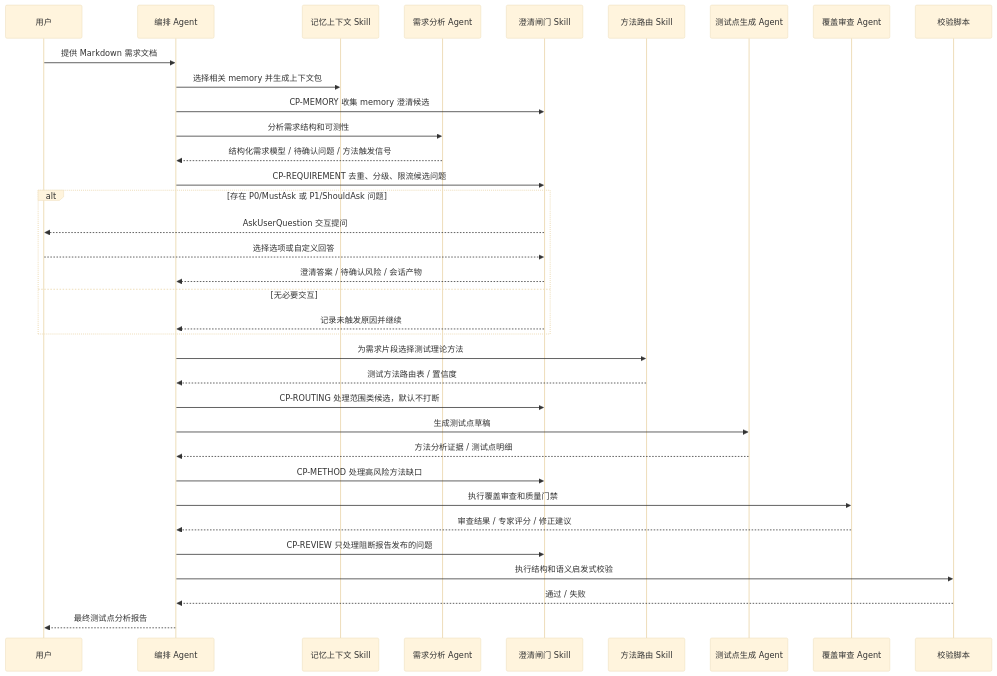
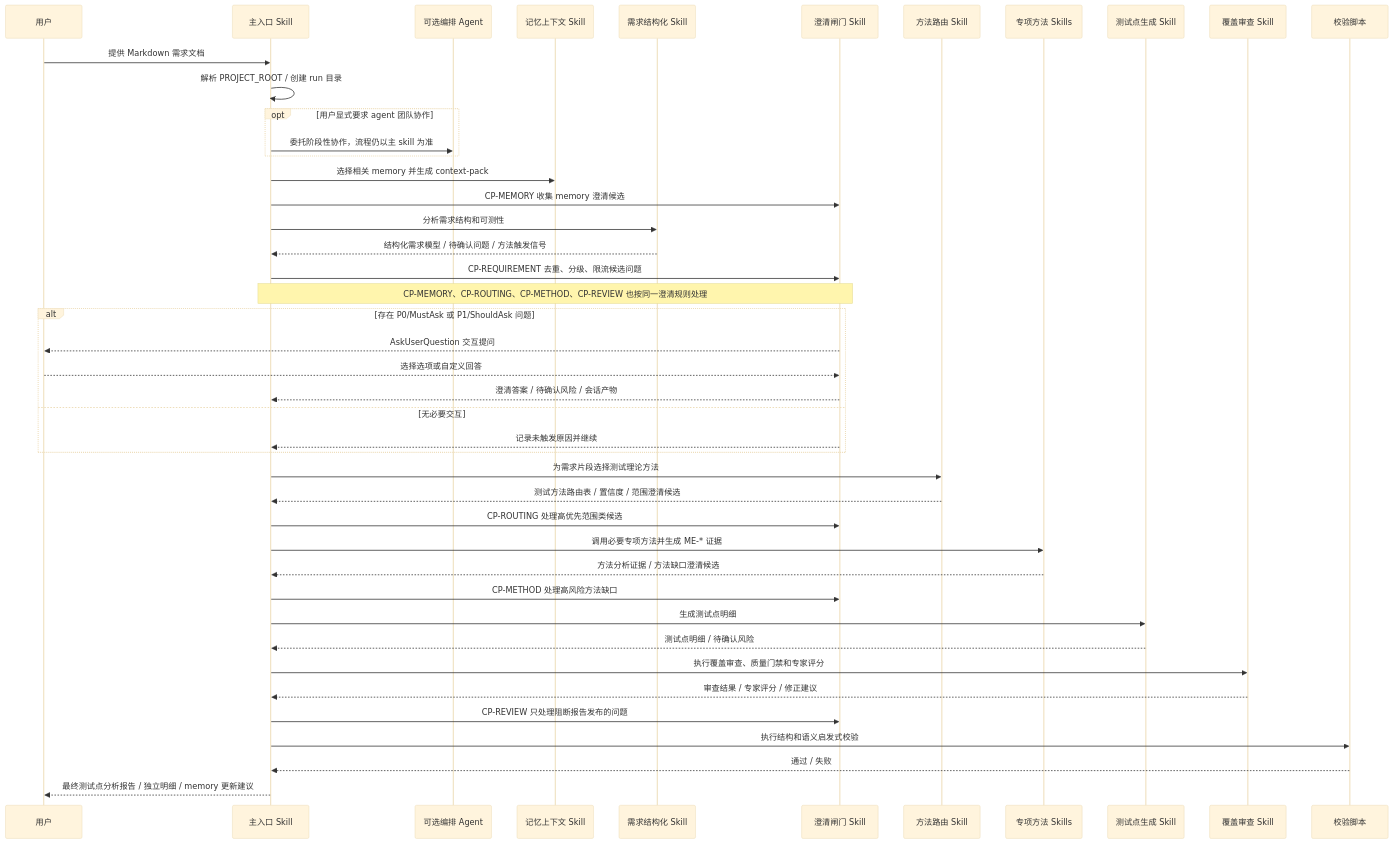
One commit to szluoqy-byte/Test-Analysis-Agent changed the fourth of 8 diagrams in docs/test-analysis-agent-design.md. Above: the diagram before and after it, drawn with Mermaid (base theme). The commit also changed other lines of this file and 37 other files, not shown here.

````diff
--- a/docs/test-analysis-agent-design.md
+++ b/docs/test-analysis-agent-design.md
@@ -211,38 +216,47 @@
 ```mermaid
 sequenceDiagram
   participant U as 用户
-  participant O as 编排 Agent
+  participant E as 主入口 Skill
+  participant O as 可选编排 Agent
   participant M as 记忆上下文 Skill
-  participant R as 需求分析 Agent
+  participant R as 需求结构化 Skill
   participant C as 澄清闸门 Skill
   participant T as 方法路由 Skill
-  participant G as 测试点生成 Agent
-  participant Q as 覆盖审查 Agent
+  participant S as 专项方法 Skills
+  participant G as 测试点生成 Skill
+  participant Q as 覆盖审查 Skill
   participant L as 校验脚本
 
-  U->>O: 提供 Markdown 需求文档
-  O->>M: 选择相关 memory 并生成上下文包
-  O->>C: CP-MEMORY 收集 memory 澄清候选
-  O->>R: 分析需求结构和可测性
-  R-->>O: 结构化需求模型 / 待确认问题 / 方法触发信号
-  O->>C: CP-REQUIREMENT 去重、分级、限流候选问题
+  U->>E: 提供 Markdown 需求文档
+  E->>E: 解析 PROJECT_ROOT / 创建 run 目录
+  opt 用户显式要求 agent 团队协作
+    E->>O: 委托阶段性协作，流程仍以主 skill 为准
+  end
+  E->>M: 选择相关 memory 并生成 context-pack
+  E->>C: CP-MEMORY 收集 memory 澄清候选
+  E->>R: 分析需求结构和可测性
+  R-->>E: 结构化需求模型 / 待确认问题 / 方法触发信号
+  E->>C: CP-REQUIREMENT 去重、分级、限流候选问题
+  Note over E,C: CP-MEMORY、CP-ROUTING、CP-METHOD、CP-REVIEW 也按同一澄清规则处理
   alt 存在 P0/MustAsk 或 P1/ShouldAsk 问题
     C-->>U: AskUserQuestion 交互提问
     U-->>C: 选择选项或自定义回答
-    C-->>O: 澄清答案 / 待确认风险 / 会话产物
+    C-->>E: 澄清答案 / 待确认风险 / 会话产物
   else 无必要交互
-    C-->>O: 记录未触发原因并继续
+    C-->>E: 记录未触发原因并继续
   end
-  O->>T: 为需求片段选择测试理论方法
-  T-->>O: 测试方法路由表 / 置信度
-  O->>C: CP-ROUTING 处理范围类候选，默认不打断
-  O->>G: 生成测试点草稿
-  G-->>O: 方法分析证据 / 测试点明细
-  O->>C: CP-METHOD 处理高风险方法缺口
-  O->>Q: 执行覆盖审查和质量门禁
-  Q-->>O: 审查结果 / 专家评分 / 修正建议
-  O->>C: CP-REVIEW 只处理阻断报告发布的问题
-  O->>L: 执行结构和语义启发式校验
-  L-->>O: 通过 / 失败
-  O-->>U: 最终测试点分析报告
+  E->>T: 为需求片段选择测试理论方法
+  T-->>E: 测试方法路由表 / 置信度 / 范围澄清候选
+  E->>C: CP-ROUTING 处理高优先范围类候选
+  E->>S: 调用必要专项方法并生成 ME-* 证据
+  S-->>E: 方法分析证据 / 方法缺口澄清候选
+  E->>C: CP-METHOD 处理高风险方法缺口
+  E->>G: 生成测试点明细
+  G-->>E: 测试点明细 / 待确认风险
+  E->>Q: 执行覆盖审查、质量门禁和专家评分
+  Q-->>E: 审查结果 / 专家评分 / 修正建议
+  E->>C: CP-REVIEW 只处理阻断报告发布的问题
+  E->>L: 执行结构和语义启发式校验
+  L-->>E: 通过 / 失败
+  E-->>U: 最终测试点分析报告 / 独立明细 / memory 更新建议
 ```
````
